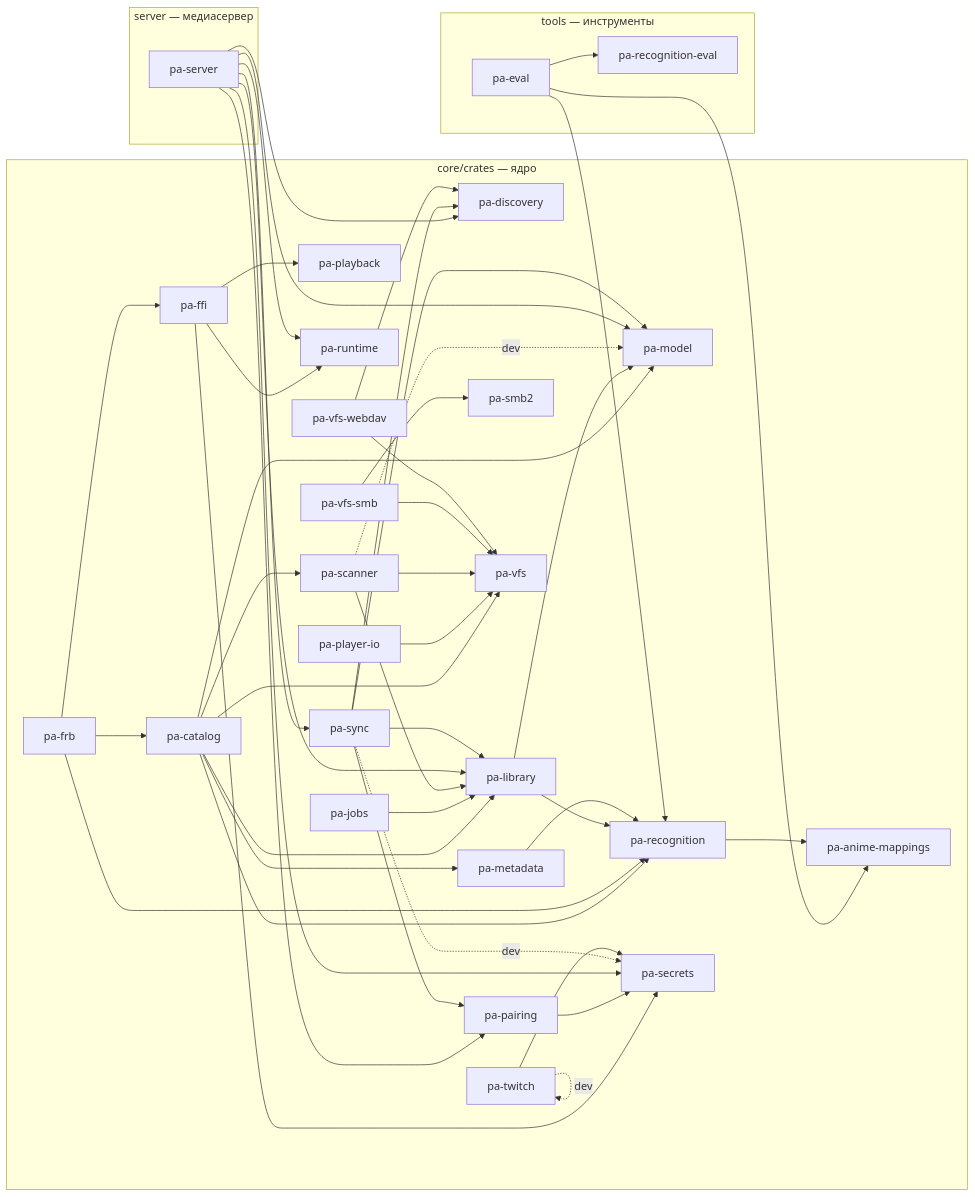
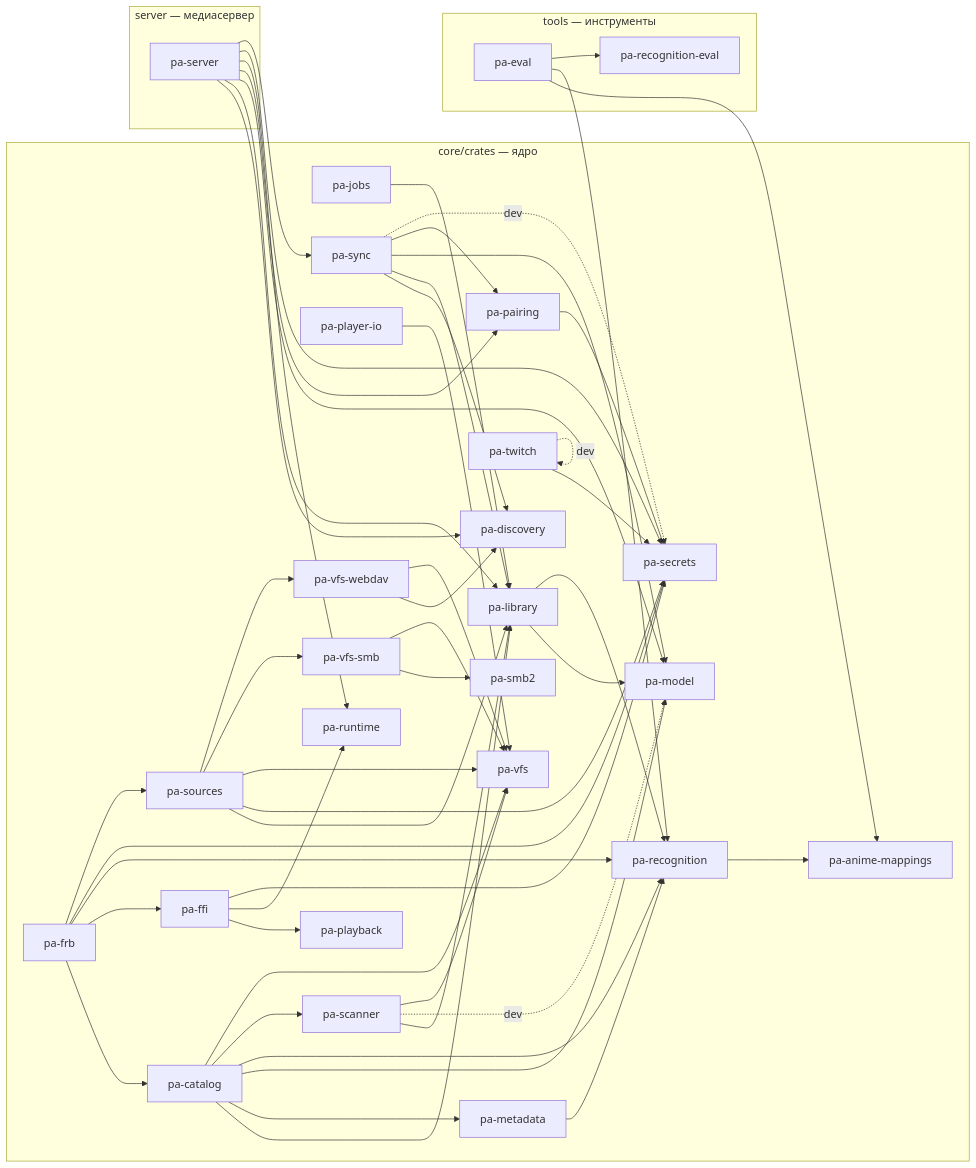
The diagram in docs/dev/crate-graph.md (DenisHumen/project_alpha), drawn with Mermaid before and after one commit. The commit also changed other lines of this file and 3 other files, not shown here.

Commit message:
chore(net): regenerate FRB bindings and crate graph after merge [NET-011]

```diff
--- a/docs/dev/crate-graph.md
+++ b/docs/dev/crate-graph.md
@@ -29,6 +29,7 @@
     pa_scanner["pa-scanner"]
     pa_secrets["pa-secrets"]
     pa_smb2["pa-smb2"]
+    pa_sources["pa-sources"]
     pa_sync["pa-sync"]
     pa_twitch["pa-twitch"]
     pa_vfs["pa-vfs"]
@@ -57,6 +58,8 @@
   pa_frb --> pa_catalog
   pa_frb --> pa_ffi
   pa_frb --> pa_recognition
+  pa_frb --> pa_secrets
+  pa_frb --> pa_sources
   pa_jobs --> pa_library
   pa_library --> pa_model
   pa_library --> pa_recognition
@@ -74,6 +77,11 @@
   pa_server --> pa_runtime
   pa_server --> pa_secrets
   pa_server --> pa_sync
+  pa_sources --> pa_library
+  pa_sources --> pa_secrets
+  pa_sources --> pa_vfs
+  pa_sources --> pa_vfs_smb
+  pa_sources --> pa_vfs_webdav
   pa_sync --> pa_discovery
   pa_sync --> pa_library
   pa_sync --> pa_model
```
